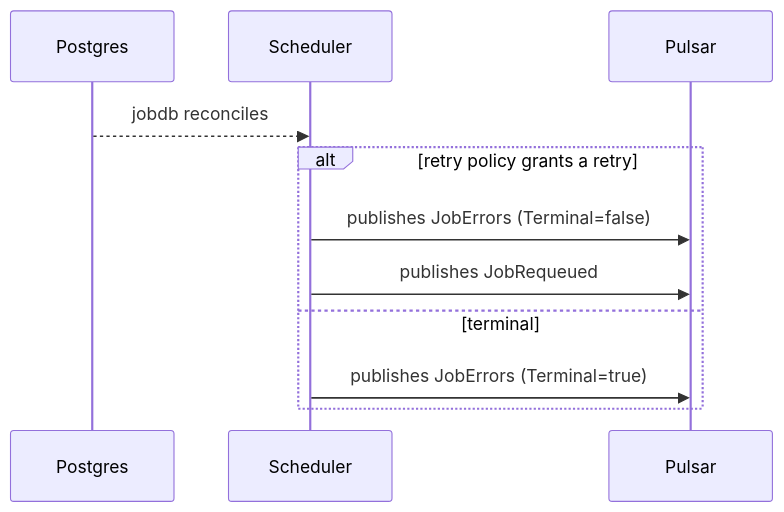
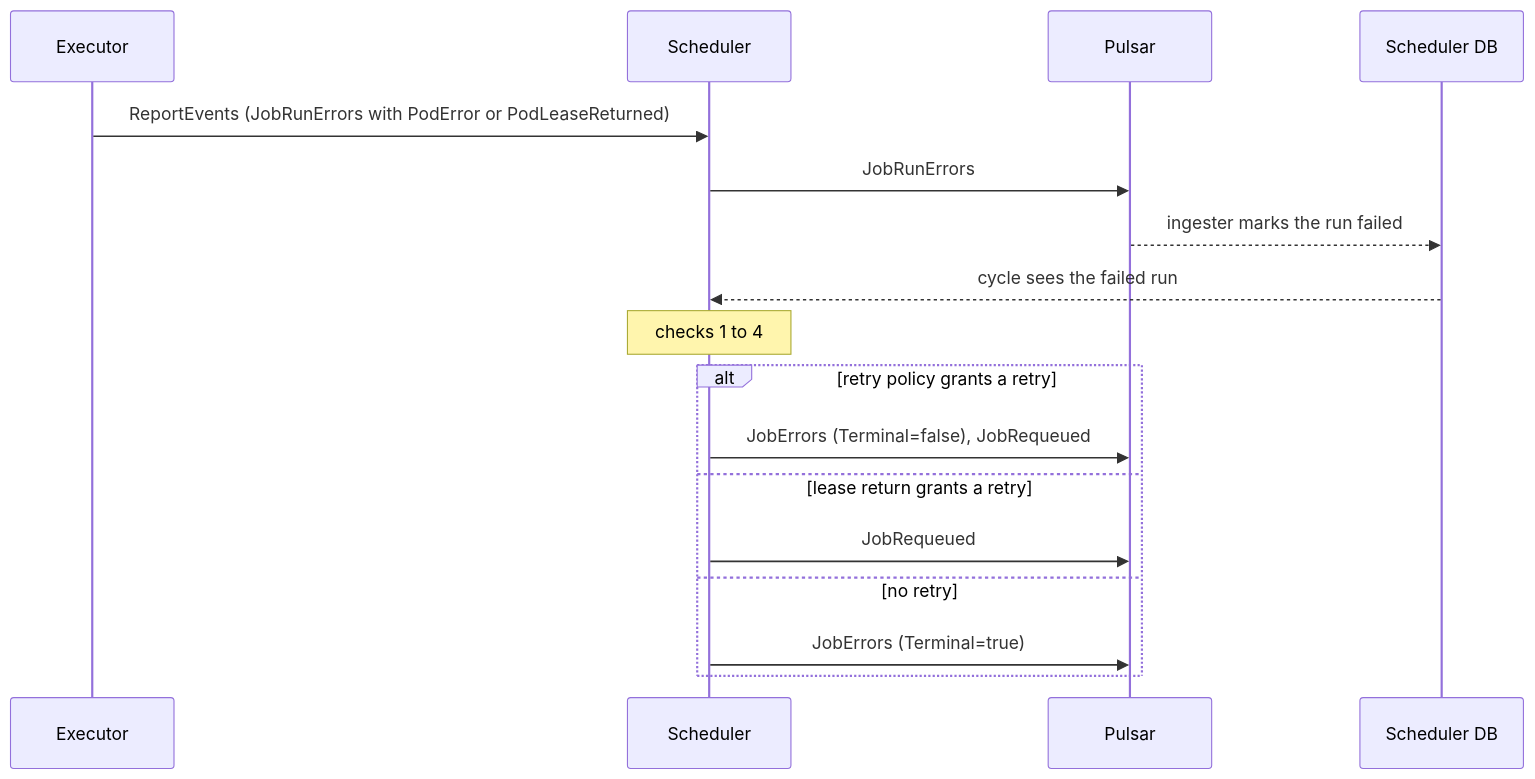
The seventh of 11 diagrams in docs/developer/job-lifecycle-events.md (armadaproject/armada), drawn with Mermaid before and after one commit. The commit also changed other lines of this file, not shown here.

Commit message:
Restructure the job lifecycle events doc for readers

````diff
--- a/docs/developer/job-lifecycle-events.md
+++ b/docs/developer/job-lifecycle-events.md
@@ -319,13 +457,19 @@
 ```mermaid
 sequenceDiagram
-    participant Pg as Postgres
+    participant E as Executor
     participant Sc as Scheduler
     participant P as Pulsar
-    Pg-->>Sc: jobdb reconciles
+    participant Pg as Scheduler DB
+    E->>Sc: ReportEvents (JobRunErrors with PodError or PodLeaseReturned)
+    Sc->>P: JobRunErrors
+    P-->>Pg: ingester marks the run failed
+    Pg-->>Sc: cycle sees the failed run
+    Note over Sc: checks 1 to 4
     alt retry policy grants a retry
-        Sc->>P: publishes JobErrors (Terminal=false)
-        Sc->>P: publishes JobRequeued
-    else terminal
-        Sc->>P: publishes JobErrors (Terminal=true)
+        Sc->>P: JobErrors (Terminal=false), JobRequeued
+    else lease return grants a retry
+        Sc->>P: JobRequeued
+    else no retry
+        Sc->>P: JobErrors (Terminal=true)
     end
 ```
````
